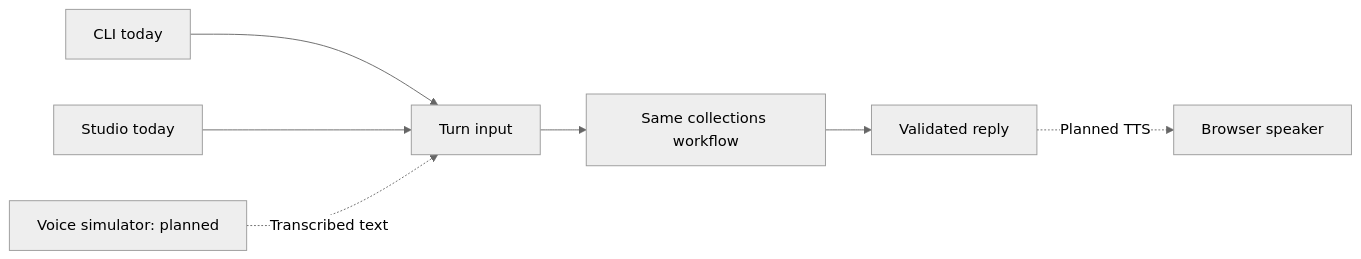
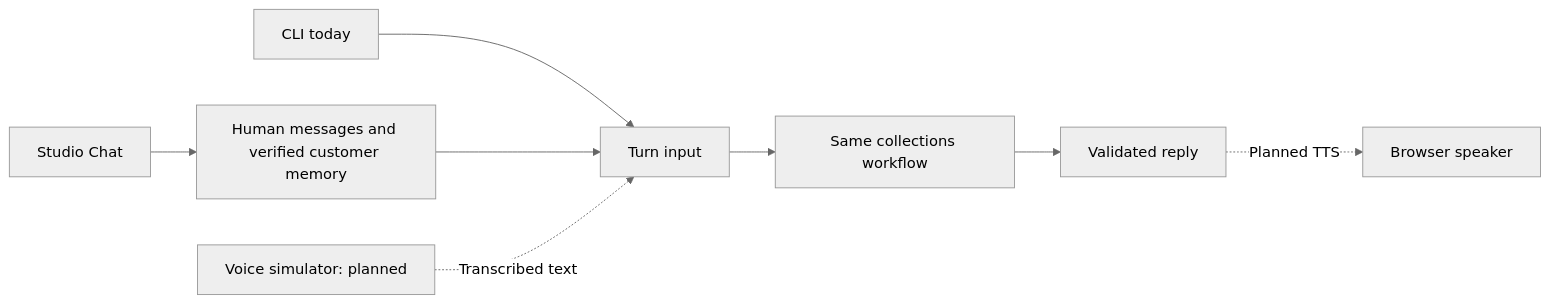
The sixth of 6 diagrams in docs/ARCHITECTURE.md (sergiomorapardo/AgenticDebtCollection), drawn with Mermaid (neutral theme) before and after one commit. The commit also changed other lines of this file, not shown here.

Commit message:
docs: align architecture diagrams with Studio chat entry

````diff
--- a/docs/ARCHITECTURE.md
+++ b/docs/ARCHITECTURE.md
@@ -125,9 +152,10 @@
 ```mermaid
 flowchart LR
     C[CLI today] --> T[Turn input]
-    S[Studio today] --> T
+    S[Studio Chat] --> M[Human messages and verified customer memory]
+    M --> T
     V[Voice simulator: planned] -. Transcribed text .-> T
     T --> G[Same collections workflow]
     G --> R[Validated reply]
     R -. Planned TTS .-> A[Browser speaker]
 ```
````
